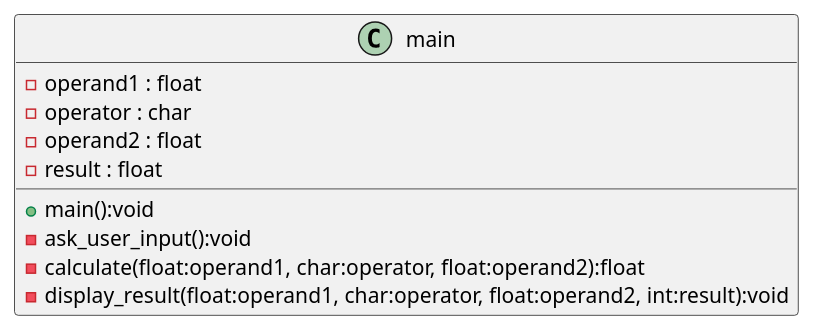
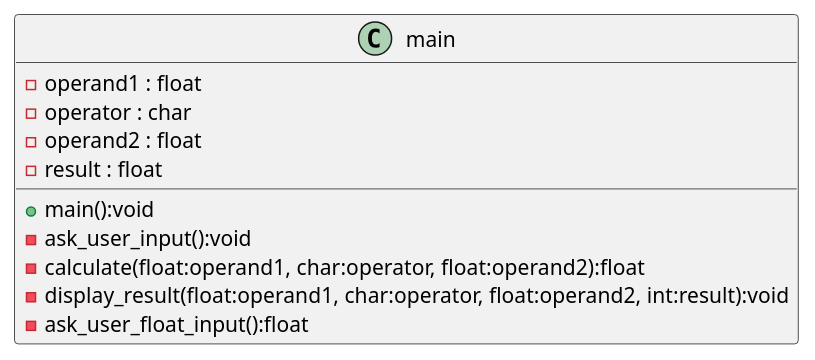
Before and after one commit to Vikkett/Eval1-Calculator: the diagram in docs/class_diagram.puml, drawn with PlantUML. The commit also changed 3 other files, not shown here.

```diff
--- a/docs/class_diagram.puml
+++ b/docs/class_diagram.puml
@@ -1,15 +1,16 @@
 @startuml
 'https://plantuml.com/class-diagram
 
 class main{
  - operand1 : float
  - operator : char
  - operand2 : float
  - result : float
 
  +main():void
  -ask_user_input():void
  -calculate(float:operand1, char:operator, float:operand2):float
  -display_result(float:operand1, char:operator, float:operand2, int:result):void
+ -ask_user_float_input():float
 }
 @enduml
```
